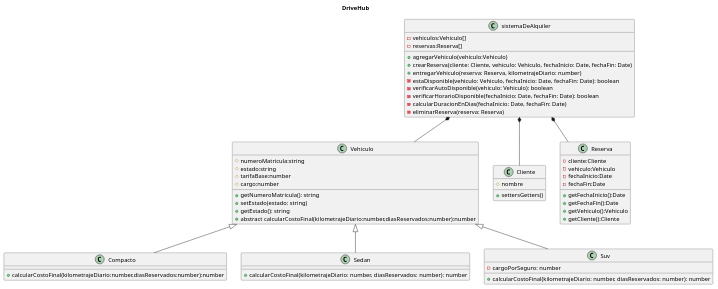
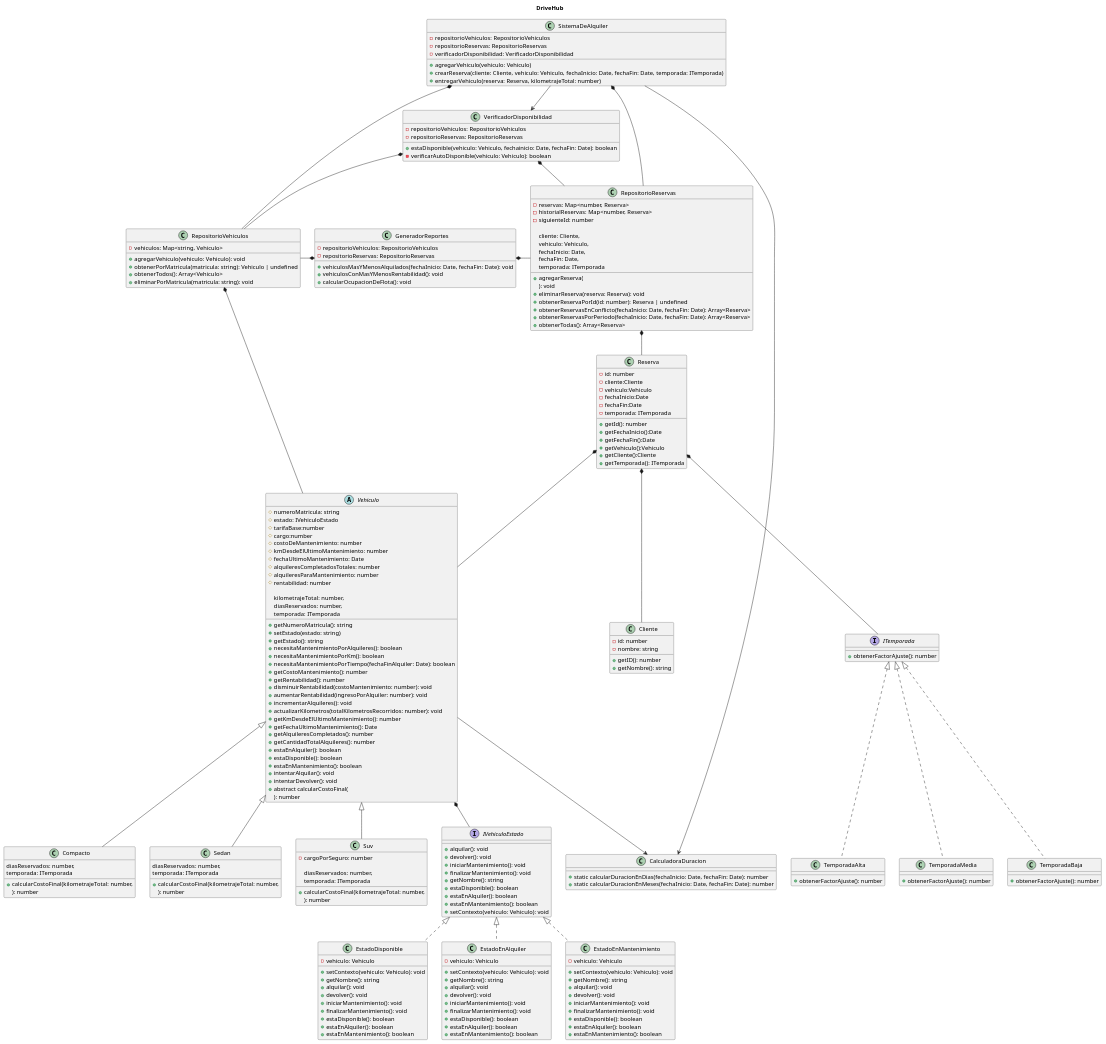
One commit to ludmilatevez/tp_drivehub changed the diagram in diagramas/diagrama.puml. Above: the diagram before and after it, drawn with PlantUML. The commit also changed 23 other files, not shown here.

Commit message:
Actualizo diagrama de todas las clases

```diff
--- a/diagramas/diagrama.puml
+++ b/diagramas/diagrama.puml
@@ -2,63 +2,237 @@
 
 title DriveHub
 
-class Vehiculo{
-    #numeroMatricula:string
-    #estado:string
+abstract class Vehiculo {
+    #numeroMatricula: string
+    #estado: IVehiculoEstado
     #tarifaBase:number
     #cargo:number
-    
+    #costoDeMantenimiento: number
+    #kmDesdeElUltimoMantenimiento: number
+    #fechaUltimoMantenimiento: Date
+    #alquileresCompletadosTotales: number
+    #alquileresParaMantenimiento: number
+    #rentabilidad: number
+
     +getNumeroMatricula(): string
     +setEstado(estado: string)
-    +getEstado(): string
-    +abstract calcularCostoFinal(kilometrajeDiario:number,diasReservados:number):number
+    +getEstado(): string    
+    +necesitaMantenimientoPorAlquileres(): boolean
+    +necesitaMantenimientoPorKm(): boolean
+    +necesitaMantenimientoPorTiempo(fechaFinAlquiler: Date): boolean
+    +getCostoMantenimiento(): number
+    +getRentabilidad(): number
+    +disminuirRentabilidad(costoMantenimiento: number): void
+    +aumentarRentabilidad(ingresoPorAlquiler: number): void
+    +incrementarAlquileres(): void
+    +actualizarKilometros(totalKilometrosRecorridos: number): void 
+    +getKmDesdeElUltimoMantenimiento(): number
+    +getFechaUltimoMantenimiento(): Date
+    +getAlquileresCompletados(): number
+    +getCantidadTotalAlquileres(): number
+    +estaEnAlquiler(): boolean
+    +estaDisponible(): boolean
+    +estaEnMantenimiento(): boolean
+    +intentarAlquilar(): void
+    +intentarDevolver(): void
+    +abstract calcularCostoFinal(
+        kilometrajeTotal: number,
+        diasReservados: number,
+        temporada: ITemporada
+    ): number
+
 }
 class Compacto extends Vehiculo{
-    +calcularCostoFinal(kilometrajeDiario:number,diasReservados:number):number
+    +calcularCostoFinal(kilometrajeTotal: number,
+        diasReservados: number,
+        temporada: ITemporada
+    ): number
 }
 class Sedan extends Vehiculo{
-    +calcularCostoFinal(kilometrajeDiario: number, diasReservados: number): number
+    +calcularCostoFinal(kilometrajeTotal: number,
+        diasReservados: number,
+        temporada: ITemporada
+    ): number
 }
 class Suv extends Vehiculo{
     -cargoPorSeguro: number
 
-    +calcularCostoFinal(kilometrajeDiario: number, diasReservados: number): number
+    +calcularCostoFinal(kilometrajeTotal: number,
+        diasReservados: number,
+        temporada: ITemporada
+    ): number 
 }
 
 class Cliente{
-    #nombre
-    +settersGetters()
+    -id: number
+    -nombre: string
+
+    +getID(): number
+    +getNombre(): string
 }
 
 class Reserva
 {
-
+    -id: number
     -cliente:Cliente
     -vehiculo:Vehiculo
     -fechaInicio:Date
     -fechaFin:Date
+    -temporada: ITemporada
 
+    +getId(): number
     +getFechaInicio():Date
     +getFechaFin():Date
     +getVehiculo():Vehiculo
     +getCliente():Cliente
+    +getTemporada(): ITemporada
 }
 
-class sistemaDeAlquiler{
-    -vehiculos:Vehiculo[]
-    -reservas:Reserva[]
+class SistemaDeAlquiler{
+    -repositorioVehiculos: RepositorioVehiculos
+    -repositorioReservas: RepositorioReservas
+    -verificadorDisponibilidad: VerificadorDisponibilidad
 
-    +agregarVehiculo(vehiculo:Vehiculo)
-    +crearReserva(cliente: Cliente, vehiculo: Vehiculo, fechaInicio: Date, fechaFin: Date)
-    +entregarVehiculo(reserva: Reserva, kilometrajeDiario: number)
-    -estaDisponible(vehiculo: Vehiculo, fechaInicio: Date, fechaFin: Date): boolean
-    -verificarAutoDisponible(vehiculo: Vehiculo): boolean
-    -verificarHorarioDisponible(fechaInicio: Date, fechaFin: Date): boolean 
-    -calcularDuracionEnDias(fechaInicio: Date, fechaFin: Date)
-    -eliminarReserva(reserva: Reserva)
+    +agregarVehiculo(vehiculo: Vehiculo)
+    +crearReserva(cliente: Cliente, vehiculo: Vehiculo, fechaInicio: Date, fechaFin: Date, temporada: ITemporada)
+    +entregarVehiculo(reserva: Reserva, kilometrajeTotal: number)    
 }
 
-sistemaDeAlquiler *-- Vehiculo
-sistemaDeAlquiler *-- Cliente 
-sistemaDeAlquiler *-- Reserva
+ class CalculadoraDuracion {
+    +static calcularDuracionEnDias(fechaInicio: Date, fechaFin: Date): number 
+    +static calcularDuracionEnMeses(fechaInicio: Date, fechaFin: Date): number  
+ }
+
+ interface IVehiculoEstado {
+    +alquilar(): void
+    +devolver(): void
+    +iniciarMantenimiento(): void
+    +finalizarMantenimiento(): void
+    +getNombre(): string
+    +estaDisponible(): boolean
+    +estaEnAlquiler(): boolean
+    +estaEnMantenimiento(): boolean
+    +setContexto(vehiculo: Vehiculo): void
+ }
+
+class EstadoDisponible implements IVehiculoEstado {
+    -vehiculo: Vehiculo
+
+    +setContexto(vehiculo: Vehiculo): void 
+    +getNombre(): string
+    +alquilar(): void
+    +devolver(): void
+    +iniciarMantenimiento(): void 
+    +finalizarMantenimiento(): void
+    +estaDisponible(): boolean
+    +estaEnAlquiler(): boolean
+    +estaEnMantenimiento(): boolean
+}
+class EstadoEnAlquiler implements IVehiculoEstado {
+    -vehiculo: Vehiculo
+
+    +setContexto(vehiculo: Vehiculo): void 
+    +getNombre(): string
+    +alquilar(): void
+    +devolver(): void
+    +iniciarMantenimiento(): void 
+    +finalizarMantenimiento(): void
+    +estaDisponible(): boolean
+    +estaEnAlquiler(): boolean
+    +estaEnMantenimiento(): boolean
+}
+
+class EstadoEnMantenimiento implements IVehiculoEstado {
+    -vehiculo: Vehiculo
+
+    +setContexto(vehiculo: Vehiculo): void 
+    +getNombre(): string
+    +alquilar(): void
+    +devolver(): void
+    +iniciarMantenimiento(): void 
+    +finalizarMantenimiento(): void
+    +estaDisponible(): boolean
+    +estaEnAlquiler(): boolean
+    +estaEnMantenimiento(): boolean
+}
+
+class GeneradorReportes {
+    -repositorioVehiculos: RepositorioVehiculos
+    -repositorioReservas: RepositorioReservas
+
+    +vehiculosMasYMenosAlquilados(fechaInicio: Date, fechaFin: Date): void
+    +vehiculosConMasYMenosRentabilidad(): void
+    +calcularOcupacionDeFlota(): void 
+
+}
+
+interface ITemporada {
+    +obtenerFactorAjuste(): number
+}
+
+class TemporadaAlta implements ITemporada {
+    +obtenerFactorAjuste(): number
+}
+
+class TemporadaMedia implements ITemporada {
+    +obtenerFactorAjuste(): number
+}
+
+class TemporadaBaja implements ITemporada {
+    +obtenerFactorAjuste(): number
+}
+
+class RepositorioReservas {
+    -reservas: Map<number, Reserva>
+    -historialReservas: Map<number, Reserva>
+    -siguienteId: number
+
+    +agregarReserva(
+        cliente: Cliente,
+        vehiculo: Vehiculo,
+        fechaInicio: Date,
+        fechaFin: Date,
+        temporada: ITemporada
+    ): void
+    +eliminarReserva(reserva: Reserva): void
+    +obtenerReservaPorId(id: number): Reserva | undefined 
+    +obtenerReservasEnConflicto(fechaInicio: Date, fechaFin: Date): Array<Reserva> 
+    +obtenerReservasPorPeriodo(fechaInicio: Date, fechaFin: Date): Array<Reserva> 
+    +obtenerTodas(): Array<Reserva> 
+}
+
+class RepositorioVehiculos {
+   -vehiculos: Map<string, Vehiculo>
+
+   +agregarVehiculo(vehiculo: Vehiculo): void
+   +obtenerPorMatricula(matricula: string): Vehiculo | undefined 
+   +obtenerTodos(): Array<Vehiculo> 
+   +eliminarPorMatricula(matricula: string): void    
+}
+
+class VerificadorDisponibilidad {
+    -repositorioVehiculos: RepositorioVehiculos
+    -repositorioReservas: RepositorioReservas
+
+    +estaDisponible(vehiculo: Vehiculo, fechainicio: Date, fechaFin: Date): boolean 
+    -verificarAutoDisponible(vehiculo: Vehiculo): boolean
+
+}
+
+SistemaDeAlquiler *-- RepositorioVehiculos
+SistemaDeAlquiler *-- RepositorioReservas 
+SistemaDeAlquiler --> VerificadorDisponibilidad
+SistemaDeAlquiler --> CalculadoraDuracion
+Vehiculo *-- IVehiculoEstado
+Vehiculo --> CalculadoraDuracion
+Reserva *-- Cliente
+Reserva *-- Vehiculo
+Reserva *-- ITemporada
+GeneradorReportes *-l- RepositorioVehiculos
+GeneradorReportes *-r- RepositorioReservas
+RepositorioReservas *-- Reserva
+RepositorioVehiculos *-- Vehiculo
+VerificadorDisponibilidad *-- RepositorioVehiculos
+VerificadorDisponibilidad *-- RepositorioReservas
+
 @enduml
```
